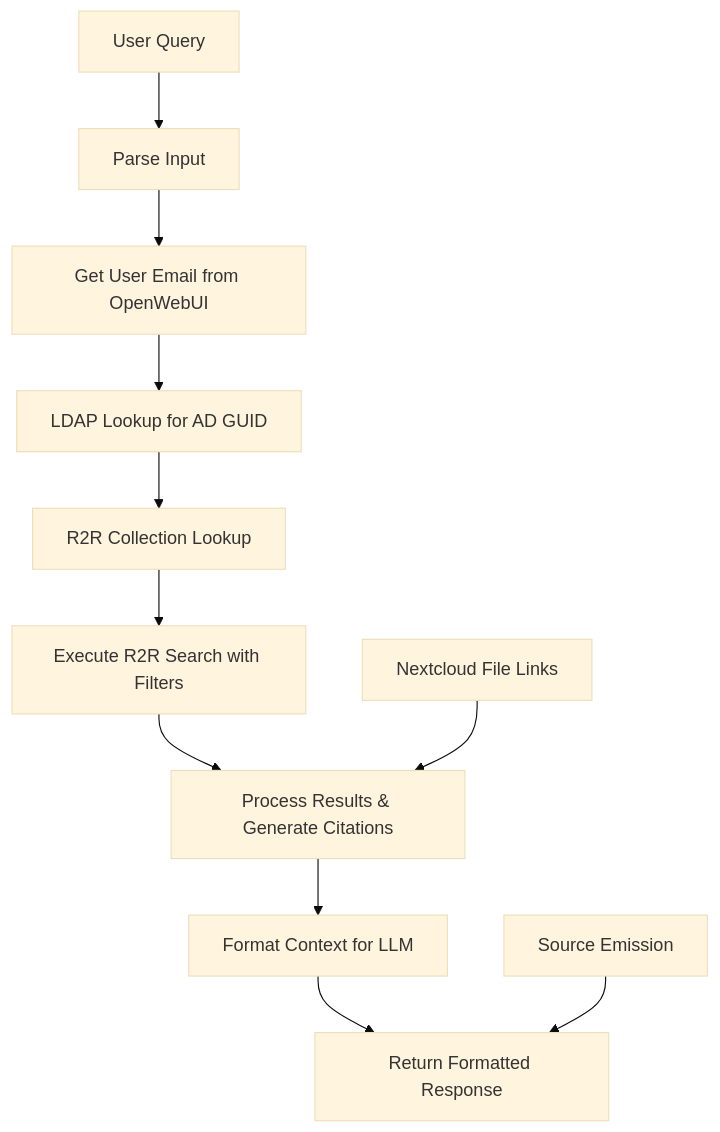
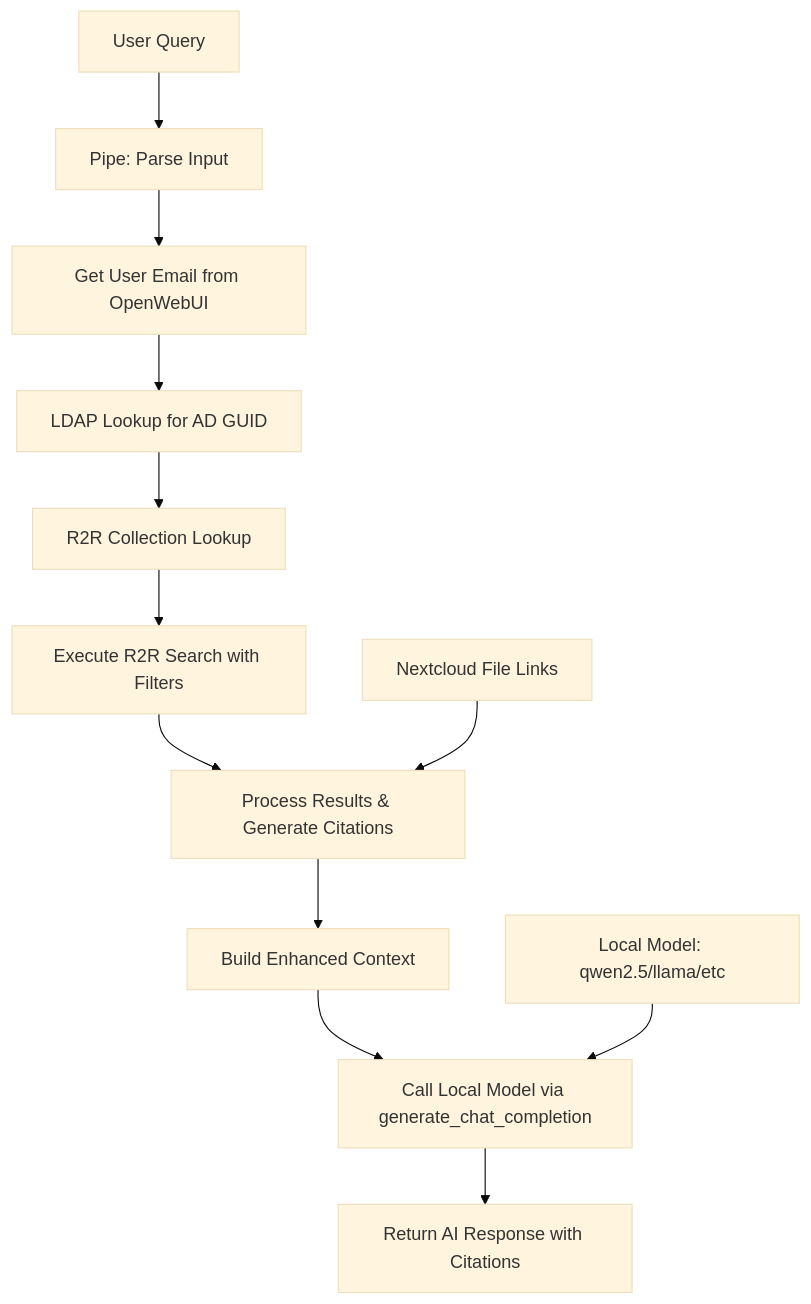
One commit to ga-it/OpenWebUI_R2R_pipe changed the diagram in readme.md. Above: the diagram before and after it, drawn with Mermaid (base theme). The commit also changed other lines of this file, not shown here.

````diff
--- a/readme.md
+++ b/readme.md
@@ -170,14 +48,15 @@
 ```mermaid
 graph TB
-    A[User Query] --> B[Parse Input]
+    A[User Query] --> B[Pipe: Parse Input]
     B --> C[Get User Email from OpenWebUI]
     C --> D[LDAP Lookup for AD GUID]
     D --> E[R2R Collection Lookup]
     E --> F[Execute R2R Search with Filters]
     F --> G[Process Results & Generate Citations]
-    G --> H[Format Context for LLM]
-    H --> I[Return Formatted Response]
+    G --> H[Build Enhanced Context]
+    H --> I[Call Local Model via generate_chat_completion]
+    I --> J[Return AI Response with Citations]
     
-    J[Nextcloud File Links] --> G
-    K[Source Emission] --> I
+    K[Nextcloud File Links] --> G
+    L[Local Model: qwen2.5/llama/etc] --> I
 ```
````
